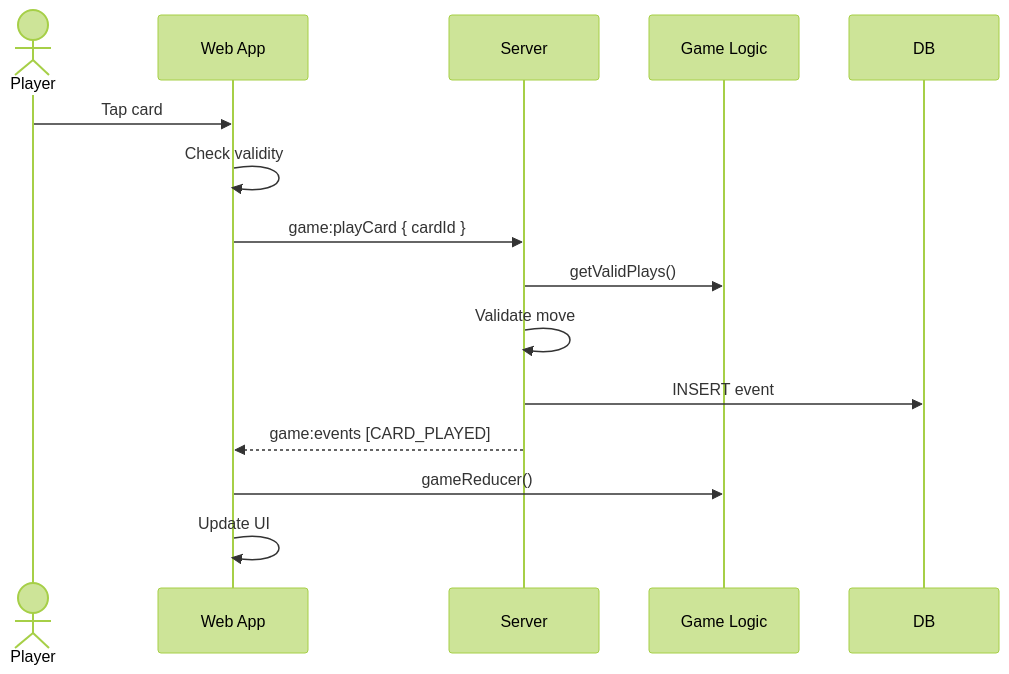
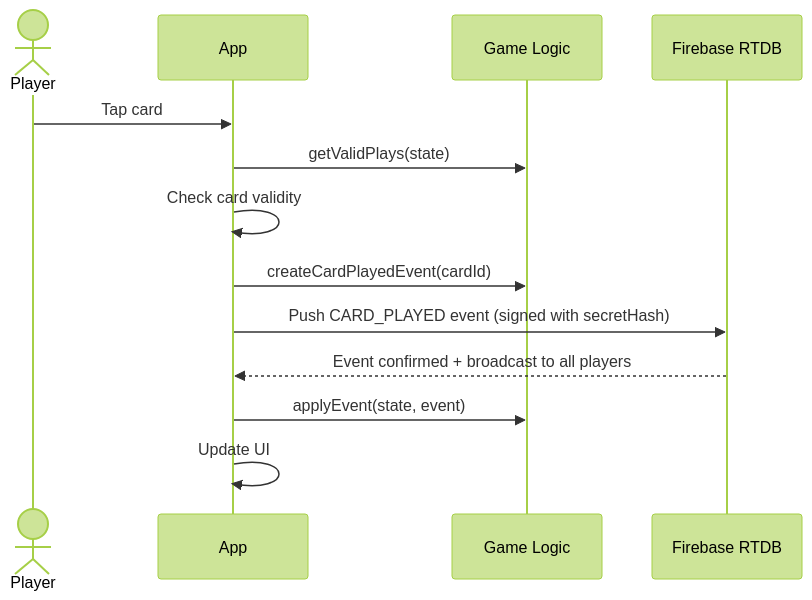
One commit to deglerj/dabb changed the third of 6 diagrams in docs/arc42/06-runtime-view.md. Above: the diagram before and after it, drawn with Mermaid (forest theme). The commit also changed other lines of this file and 18 other files, not shown here.

First line of the commit message:
docs: update docs for Firebase P2P architecture

````diff
--- a/docs/arc42/06-runtime-view.md
+++ b/docs/arc42/06-runtime-view.md
@@ -65,18 +64,16 @@
 ```mermaid
 sequenceDiagram
     actor player as Player
-    participant web as Web App
-    participant server as Server
+    participant app as App
     participant logic as Game Logic
-    participant db as DB
+    participant firebase as Firebase RTDB
 
-    player->>web: Tap card
-    web->>web: Check validity
-    web->>server: game:playCard { cardId }
-    server->>logic: getValidPlays()
-    server->>server: Validate move
-    server->>db: INSERT event
-    server-->>web: game:events [CARD_PLAYED]
-    web->>logic: gameReducer()
-    web->>web: Update UI
+    player->>app: Tap card
+    app->>logic: getValidPlays(state)
+    app->>app: Check card validity
+    app->>logic: createCardPlayedEvent(cardId)
+    app->>firebase: Push CARD_PLAYED event (signed with secretHash)
+    firebase-->>app: Event confirmed + broadcast to all players
+    app->>logic: applyEvent(state, event)
+    app->>app: Update UI
 ```
````
